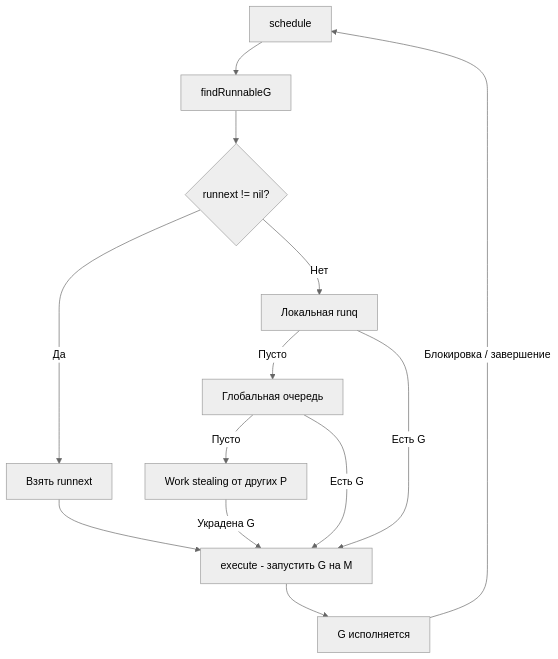
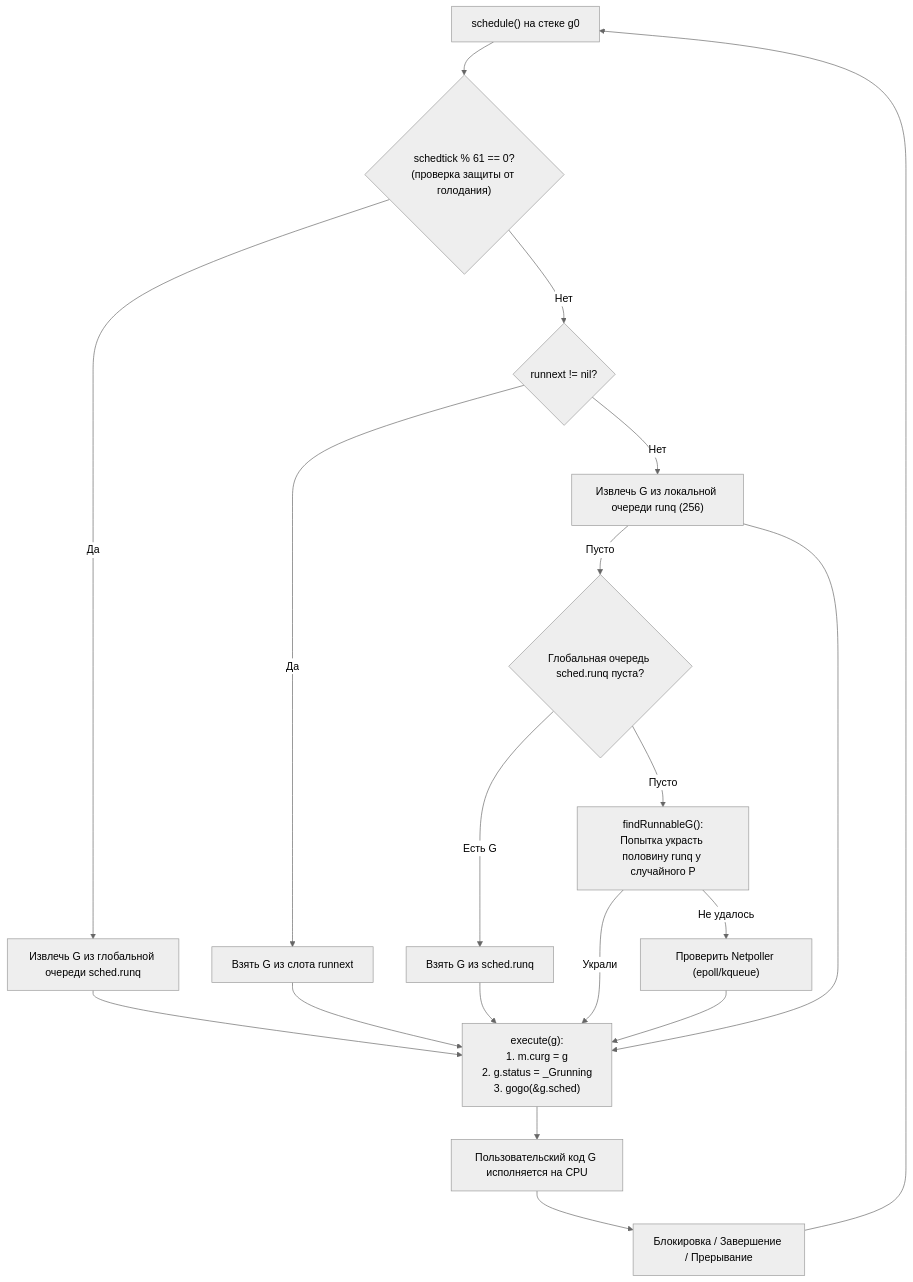
The second of 3 diagrams in sources/16. Профилирование, отладка и производительность/06. Конкурентность/1. Scheduler Go. G-M-P модель.md (UnrealTemplier/go-textbook), drawn with Mermaid (neutral theme) before and after one commit. The commit also changed other lines of this file, not shown here.

````diff
--- a/sources/16. Профилирование, отладка и производительность/06. Конкурентность/1. Scheduler Go. G-M-P модель.md
+++ b/sources/16. Профилирование, отладка и производительность/06. Конкурентность/1. Scheduler Go. G-M-P модель.md
@@ -116,15 +161,26 @@
 ```mermaid
 flowchart TD
-    Schedule["schedule"] --> Find["findRunnableG"]
-    Find --> CheckRunNext{"runnext != nil?"}
-    CheckRunNext -- "Да" --> PickNext["Взять runnext"]
-    CheckRunNext -- "Нет" --> LocalQ["Локальная runq"]
-    LocalQ -->|"Пусто"| GlobalQ["Глобальная очередь"]
-    GlobalQ -->|"Пусто"| Steal["Work stealing от других P"]
-    Steal -->|"Украдена G"| Execute
-    PickNext --> Execute["execute - запустить G на M"]
-    LocalQ -->|"Есть G"| Execute
-    GlobalQ -->|"Есть G"| Execute
-    Execute --> Running["G исполняется"]
-    Running -->|"Блокировка / завершение"| Schedule
+    Start["schedule() на стеке g0"] --> Ticks{"schedtick % 61 == 0?<br/>(проверка защиты от голодания)"}
+    Ticks -- Да --> CheckGlobal1["Извлечь G из глобальной очереди sched.runq"]
+    Ticks -- Нет --> CheckRunNext{"runnext != nil?"}
+    
+    CheckRunNext -- Да --> PickRunNext["Взять G из слота runnext"]
+    CheckRunNext -- Нет --> CheckLocal["Извлечь G из локальной очереди runq (256)"]
+    
+    CheckLocal -- Пусто --> CheckGlobal2{"Глобальная очередь sched.runq пуста?"}
+    CheckGlobal2 -- Есть G --> PickGlobal["Взять G из sched.runq"]
+    CheckGlobal2 -- Пусто --> StealWork["findRunnableG():<br/>Попытка украсть половину runq у случайного P"]
+    
+    StealWork -- Украли --> ExecPrep
+    StealWork -- Не удалось --> PollNet["Проверить Netpoller (epoll/kqueue)"]
+    
+    CheckGlobal1 --> ExecPrep
+    PickRunNext --> ExecPrep
+    CheckLocal --> ExecPrep
+    PickGlobal --> ExecPrep
+    PollNet --> ExecPrep
+    
+    ExecPrep["execute(g):<br/>1. m.curg = g<br/>2. g.status = _Grunning<br/>3. gogo(&g.sched)"] --> Run["Пользовательский код G исполняется на CPU"]
+    Run --> Halt["Блокировка / Завершение / Прерывание"]
+    Halt --> Start
 ```
````
